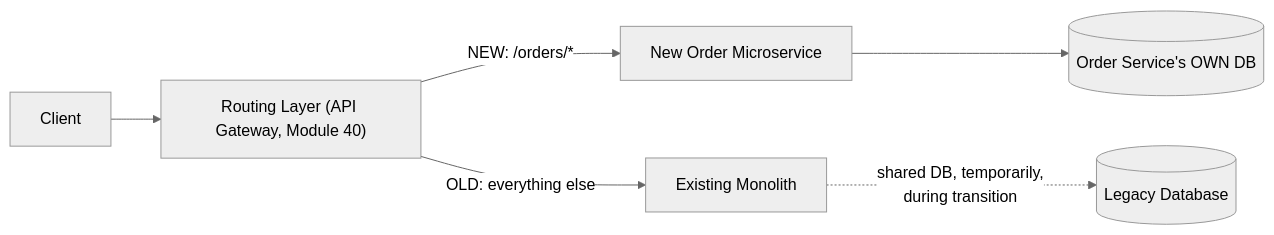
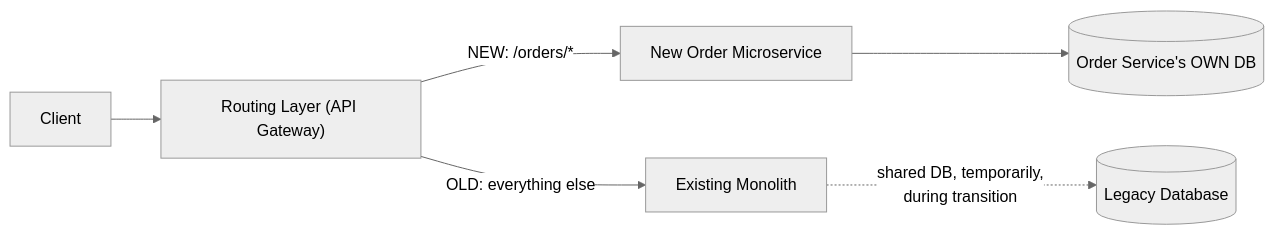
The second of 2 diagrams in 17-Microservices/01-Decomposition-Communication-Strangler-Fig.md (umashankarp/InterviewQuestions), drawn with Mermaid (neutral theme) before and after one commit. The commit also changed other lines of this file and 173 other files, not shown here.

````diff
--- a/17-Microservices/01-Decomposition-Communication-Strangler-Fig.md
+++ b/17-Microservices/01-Decomposition-Communication-Strangler-Fig.md
@@ -110,8 +110,8 @@
 ```mermaid
 graph LR
-    Client --> Router["Routing Layer (API Gateway, Module 40)"]
-    Router -->|"NEW: /orders/*"| OrderMicroservice[New Order Microservice]
-    Router -->|"OLD: everything else"| Monolith[Existing Monolith]
-    Monolith -.->|"shared DB, temporarily,<br/>during transition"| SharedDB[(Legacy Database)]
-    OrderMicroservice --> OwnDB[(Order Service's OWN DB)]
+ Client --> Router["Routing Layer (API Gateway)"]
+ Router -->|"NEW: /orders/*"| OrderMicroservice[New Order Microservice]
+ Router -->|"OLD: everything else"| Monolith[Existing Monolith]
+ Monolith -.->|"shared DB, temporarily,<br/>during transition"| SharedDB[(Legacy Database)]
+ OrderMicroservice --> OwnDB[(Order Service's OWN DB)]
 ```
````
